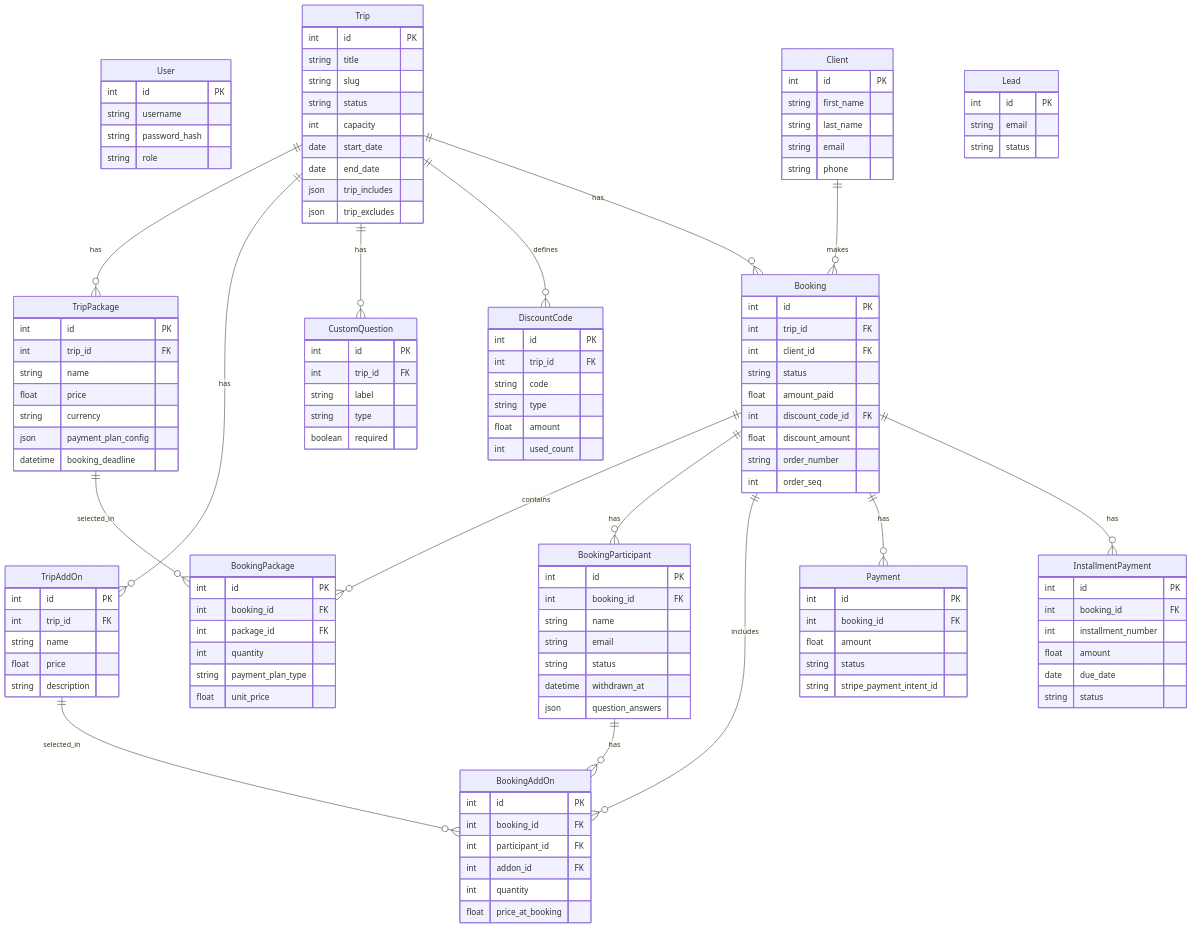
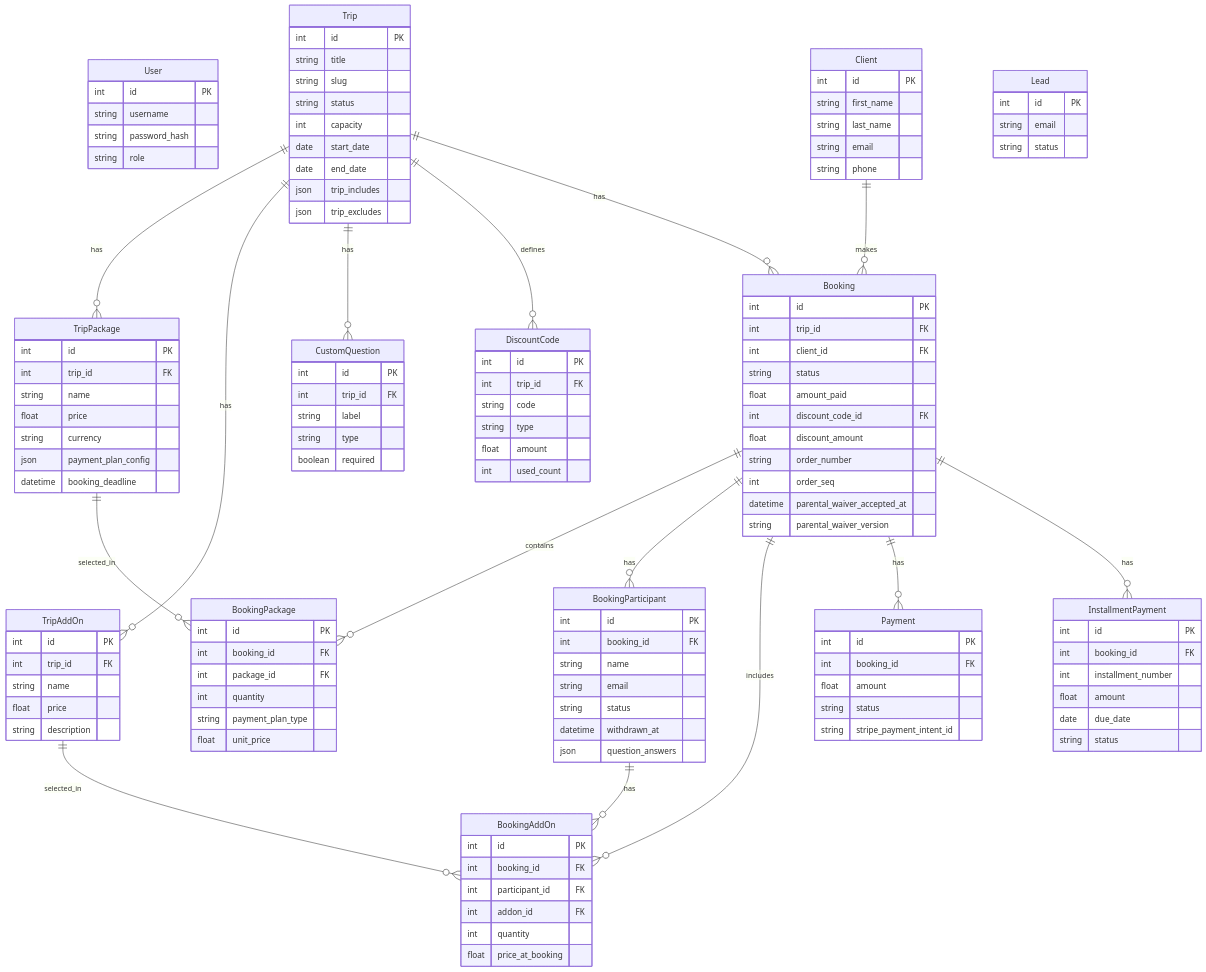
One commit to Arafat0319/nhtours changed the first of 2 diagrams in context/02_数据库设计.md. Above: the diagram before and after it, drawn with Mermaid. The commit also changed 11 other files, not shown here.

First line of the commit message:
Add parental waiver gate and Legal name labels before booking.

```diff
--- a/context/02_数据库设计.md
+++ b/context/02_数据库设计.md
@@ -80,6 +80,8 @@
         float discount_amount
         string order_number
         int order_seq
+        datetime parental_waiver_accepted_at
+        string parental_waiver_version
     }
     BookingPackage {
         int id PK
```
